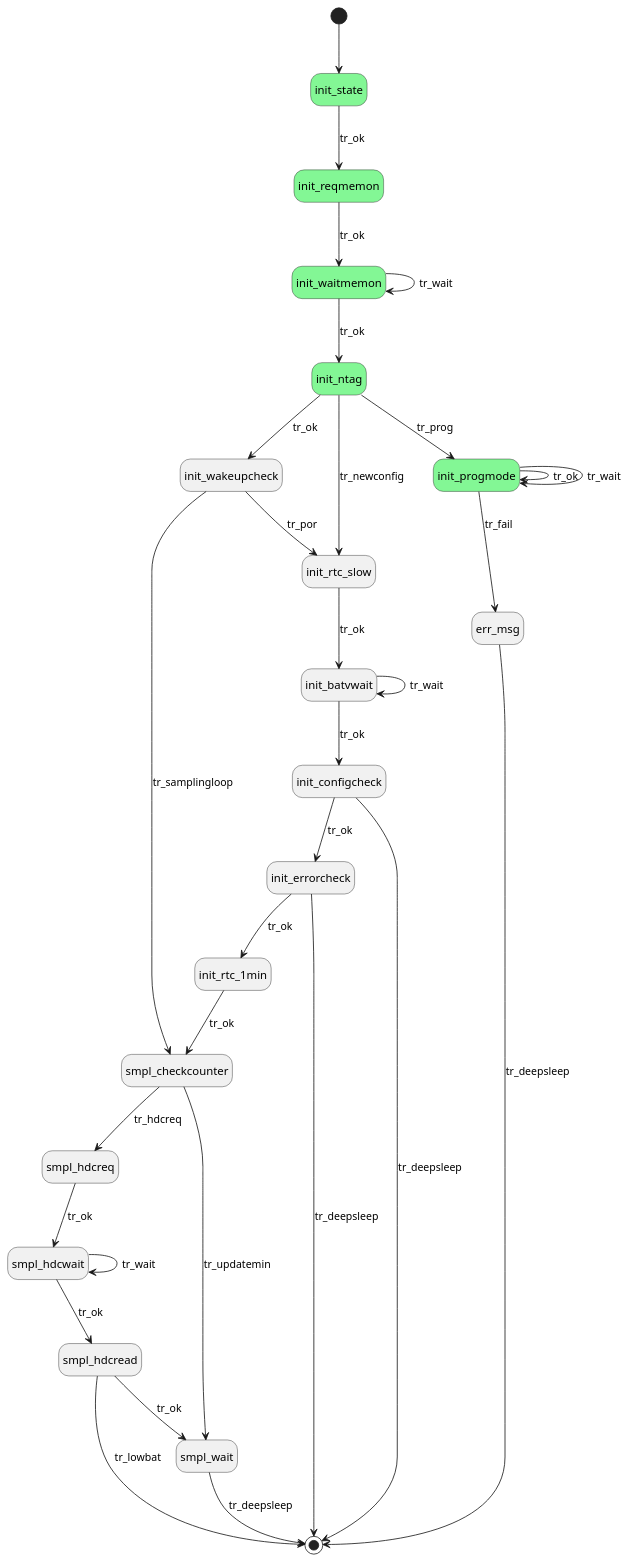
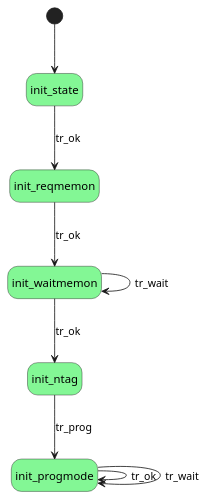
The diagram in docs/firmware/statechart/progmode.rst (cuplsensor/cupltag), drawn with PlantUML before and after one commit. The commit also changed 3 other files, not shown here.

Commit message:
Removed unused states from the state charts

```diff
--- a/docs/firmware/statechart/progmode.rst
+++ b/docs/firmware/statechart/progmode.rst
@@ -6,54 +6,21 @@
 .. uml::
    :caption: The state machine branches to :any:`init_progmode` when the nPRG pin is LOW.
    :width: 100%
 
    @startuml
         hide empty description
         [*] --> init_state
 
         init_state #83f795 --> init_reqmemon: tr_ok
 
         init_reqmemon #83f795 --> init_waitmemon: tr_ok
 
         init_waitmemon #83f795 --> init_ntag: tr_ok
         init_waitmemon --> init_waitmemon: tr_wait
 
-        init_ntag #83f795 --> init_wakeupcheck: tr_ok
-        init_ntag --> init_rtc_slow: tr_newconfig
-        init_ntag --> init_progmode: tr_prog
+        init_ntag #83f795 --> init_progmode: tr_prog
 
         init_progmode #83f795 --> init_progmode: tr_ok
         init_progmode --> init_progmode: tr_wait
-        init_progmode --> err_msg: tr_fail
 
-        init_wakeupcheck --> init_rtc_slow: tr_por
-        init_wakeupcheck --> smpl_checkcounter: tr_samplingloop
-
-        init_rtc_slow  --> init_batvwait: tr_ok
-        
-        init_batvwait --> init_configcheck: tr_ok
-        init_batvwait --> init_batvwait: tr_wait
-
-        init_configcheck --> init_errorcheck: tr_ok
-        init_configcheck --> [*]: tr_deepsleep
-
-        init_errorcheck  --> init_rtc_1min: tr_ok
-        init_errorcheck --> [*]: tr_deepsleep
-
-        init_rtc_1min  --> smpl_checkcounter: tr_ok
-
-        smpl_checkcounter   --> smpl_hdcreq: tr_hdcreq
-        smpl_checkcounter --> smpl_wait: tr_updatemin
-
-        smpl_hdcreq  --> smpl_hdcwait: tr_ok
-
-        smpl_hdcwait   --> smpl_hdcread: tr_ok
-        smpl_hdcwait --> smpl_hdcwait: tr_wait
-
-        smpl_hdcread  --> smpl_wait: tr_ok
-        smpl_hdcread --> [*]: tr_lowbat
-
-        smpl_wait   --> [*]: tr_deepsleep
-
-        err_msg  --> [*]: tr_deepsleep
         @enduml
```
